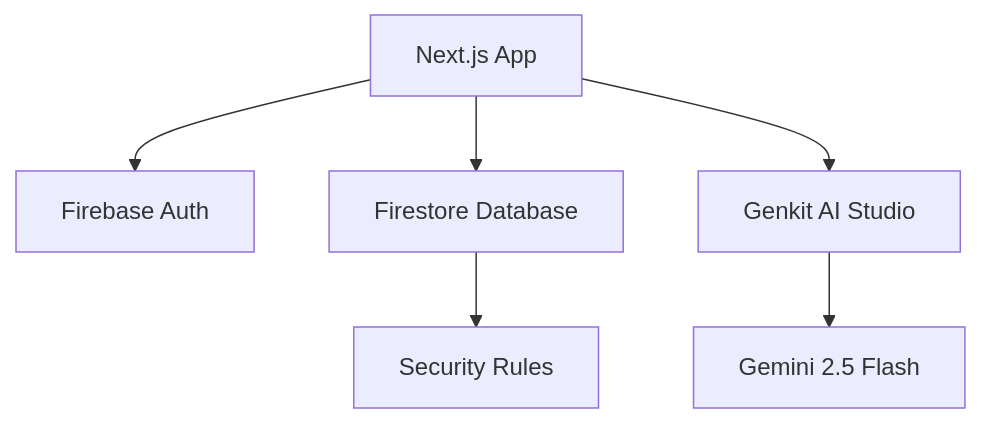
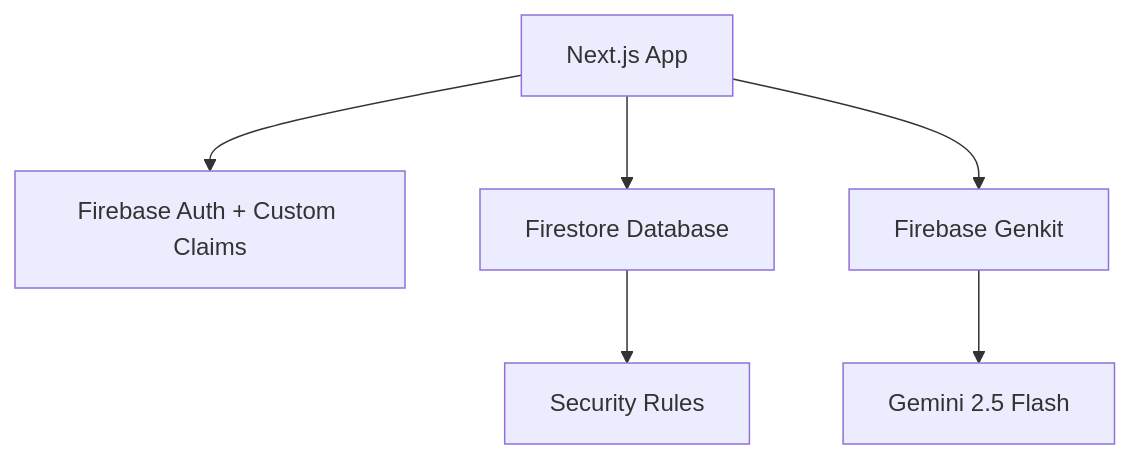
One commit to GPerencine/HelpBarber changed the diagram in README.md. Above: the diagram before and after it, drawn with Mermaid. The commit also changed other lines of this file, not shown here.

````diff
--- a/README.md
+++ b/README.md
@@ -65,8 +76,8 @@
 ```mermaid
 graph TD
-  Client[Next.js App] --> Auth[Firebase Auth]
+  Client[Next.js App] --> Auth[Firebase Auth + Custom Claims]
   Client --> Firestore[Firestore Database]
-  Client --> Genkit[Genkit AI Studio]
+  Client --> Genkit[Firebase Genkit]
   Genkit --> Gemini[Gemini 2.5 Flash]
   Firestore --> Rules[Security Rules]
 ```
````
